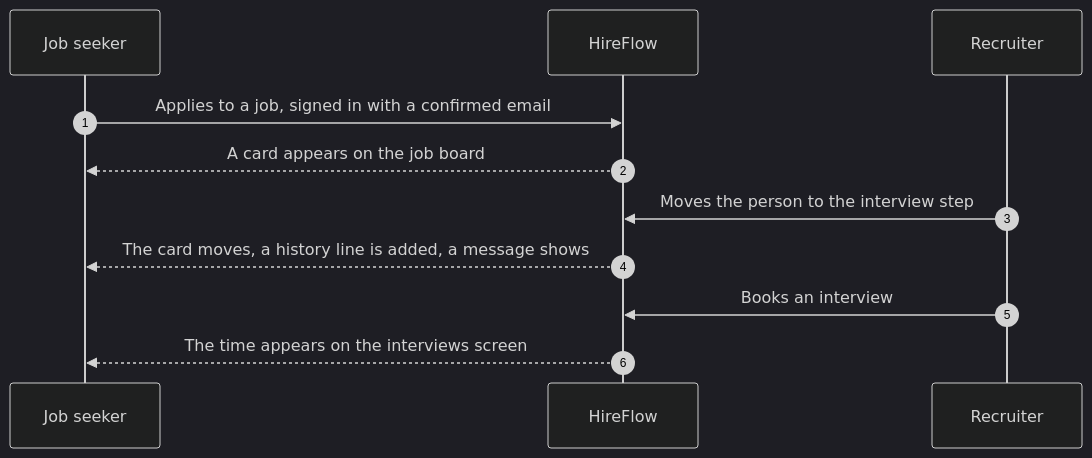
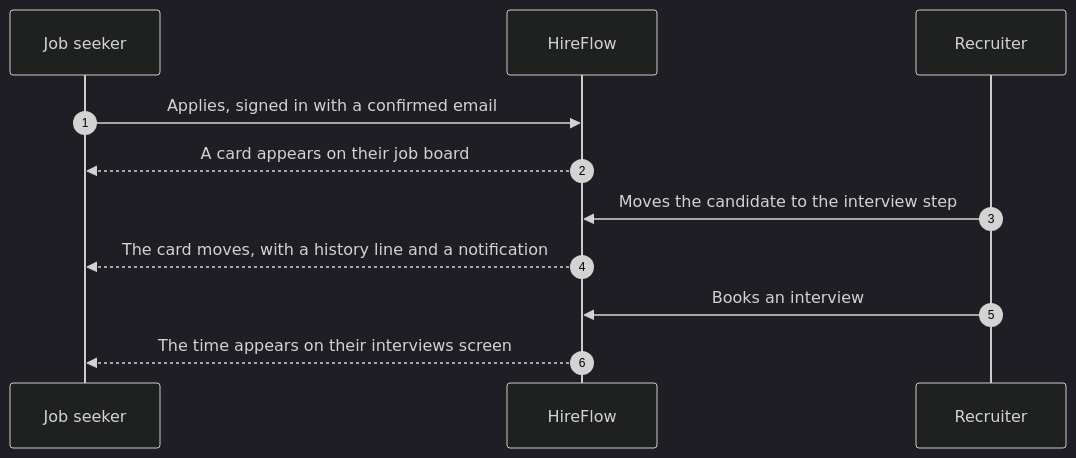
One commit to ManasSaxena14/HireFlow changed the first of 2 diagrams in README.md. Above: the diagram before and after it, drawn with Mermaid (dark theme). The commit also changed other lines of this file and 29 other files, not shown here.

````diff
--- a/README.md
+++ b/README.md
@@ -68,13 +49,13 @@
 ```mermaid
 sequenceDiagram
   autonumber
   participant S as Job seeker
   participant H as HireFlow
   participant R as Recruiter
-  S->>H: Applies to a job, signed in with a confirmed email
-  H-->>S: A card appears on the job board
-  R->>H: Moves the person to the interview step
-  H-->>S: The card moves, a history line is added, a message shows
+  S->>H: Applies, signed in with a confirmed email
+  H-->>S: A card appears on their job board
+  R->>H: Moves the candidate to the interview step
+  H-->>S: The card moves, with a history line and a notification
   R->>H: Books an interview
-  H-->>S: The time appears on the interviews screen
+  H-->>S: The time appears on their interviews screen
 ```
````
